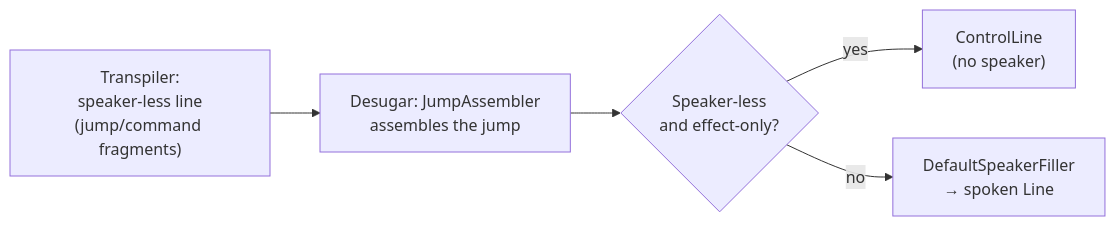
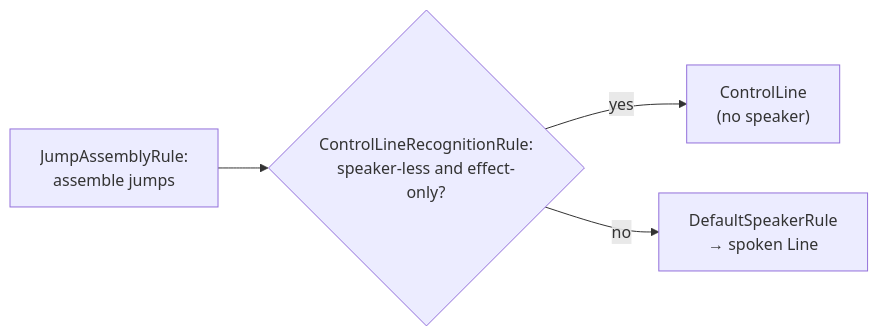
The diagram in docs/contributing/design-notes/Control Line.md (pengzhengyi/dialoguedown), drawn with Mermaid before and after one commit. The commit also changed other lines of this file and 2 other files, not shown here.

First line of the commit message:
docs(design): reconcile the Control Line and Desugar notes with the shipped code

````diff
--- a/docs/contributing/design-notes/Control Line.md
+++ b/docs/contributing/design-notes/Control Line.md
@@ -159,7 +161,6 @@
 ```mermaid
 flowchart LR
-    P["Transpiler:<br/>speaker-less line<br/>(jump/command fragments)"] --> JA["Desugar: JumpAssembler<br/>assembles the jump"]
-    JA --> R{"Speaker-less<br/>and effect-only?"}
-    R -->|"yes"| CL["ControlLine<br/>(no speaker)"]
-    R -->|"no"| DF["DefaultSpeakerFiller<br/>→ spoken Line"]
+    JA["JumpAssemblyRule:<br/>assemble jumps"] --> CR{"ControlLineRecognitionRule:<br/>speaker-less and effect-only?"}
+    CR -->|"yes"| CL["ControlLine<br/>(no speaker)"]
+    CR -->|"no"| DS["DefaultSpeakerRule<br/>→ spoken Line"]
 ```
````
